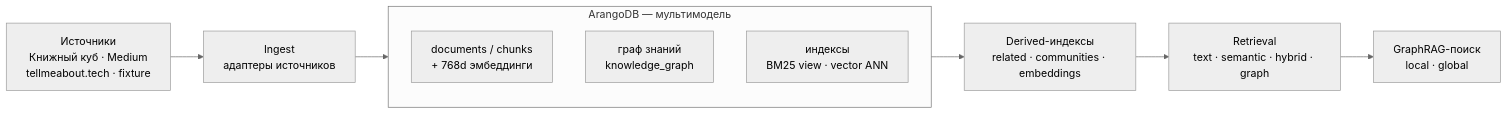
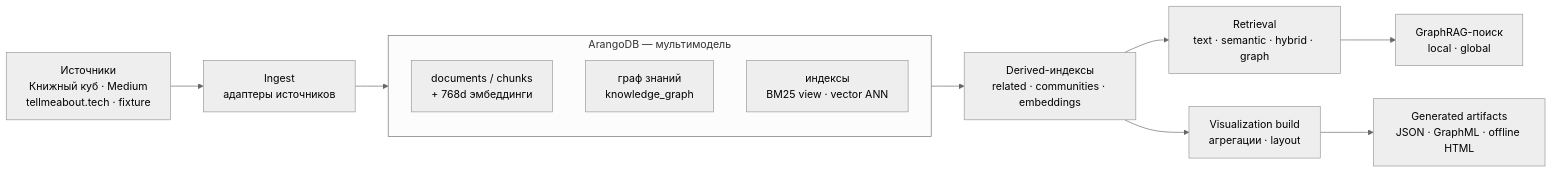
The first of 2 diagrams in docs/architecture.md (polomodov/knowledge-base), drawn with Mermaid (neutral theme) before and after one commit. The commit also changed other lines of this file and 5 other files, not shown here.

````diff
--- a/docs/architecture.md
+++ b/docs/architecture.md
@@ -7,15 +7,17 @@
 ```mermaid
 flowchart LR
     S["Источники<br/>Книжный куб · Medium<br/>tellmeabout.tech · fixture"]
     S --> I["Ingest<br/>адаптеры источников"]
     I --> DB
     subgraph DB["ArangoDB — мультимодель"]
         direction TB
         D["documents / chunks<br/>+ 768d эмбеддинги"]
         G["граф знаний<br/>knowledge_graph"]
         X["индексы<br/>BM25 view · vector ANN"]
     end
     DB --> DI["Derived-индексы<br/>related · communities · embeddings"]
     DI --> R["Retrieval<br/>text · semantic · hybrid · graph"]
     R --> GR["GraphRAG-поиск<br/>local · global"]
+    DI --> V["Visualization build<br/>агрегации · layout"]
+    V --> A["Generated artifacts<br/>JSON · GraphML · offline HTML"]
 ```
````
